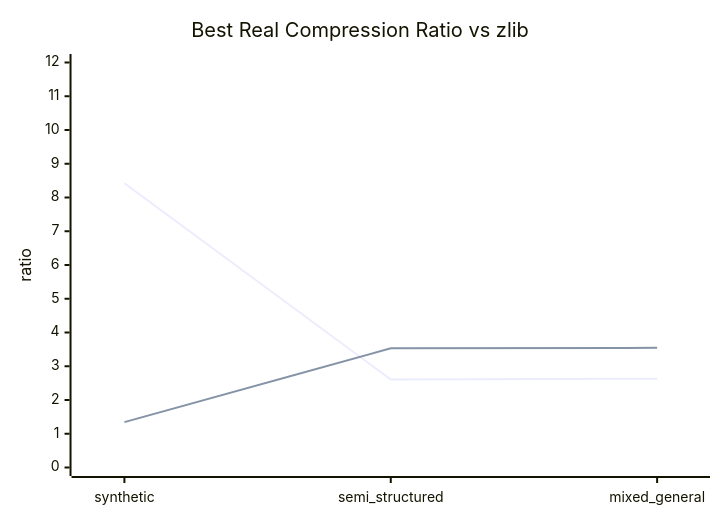
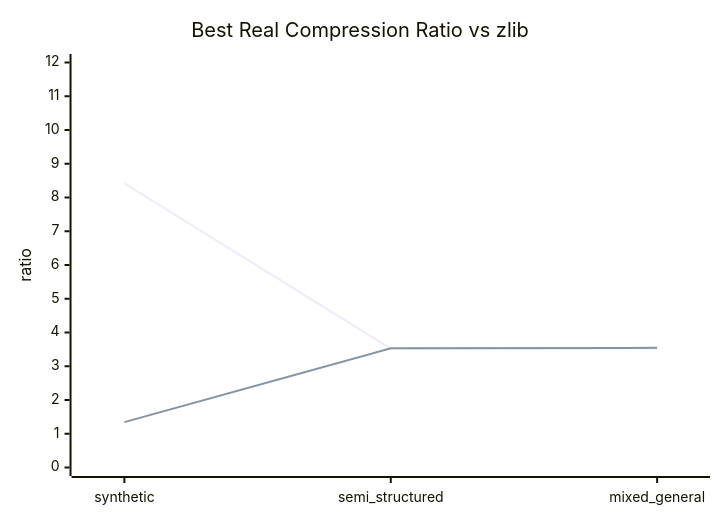
The third of 4 diagrams in README.md (scruff2/Cube_Compression), drawn with Mermaid before and after one commit. The commit also changed other lines of this file and 25 other files, not shown here.

Commit message:
Implement hybrid literal-only fast path and execute roadmap to completion

````diff
--- a/README.md
+++ b/README.md
@@ -194,8 +194,8 @@
 ```mermaid
 xychart-beta
     title "Best Real Compression Ratio vs zlib"
     x-axis [synthetic, semi_structured, mixed_general]
     y-axis "ratio" 0 --> 12
-    line [8.4211, 2.6082, 2.6322]
+    line [8.4211, 3.5220, 3.5294]
     line [1.3445, 3.5308, 3.5454]
 ```
````
